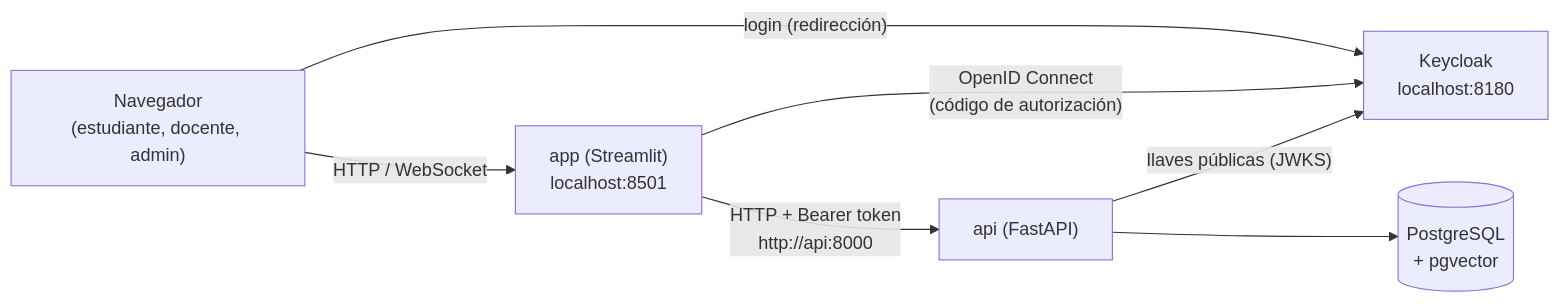
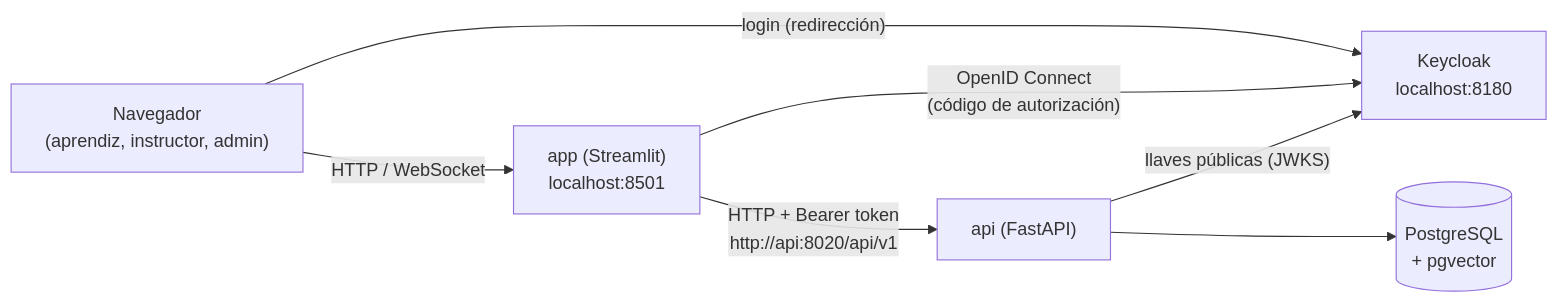
One commit to armandoordonez/smartmentor changed the diagram in app/README.md. Above: the diagram before and after it, drawn with Mermaid. The commit also changed other lines of this file and 6 other files, not shown here.

First line of the commit message:
test(app): agrega pruebas de componentes, servicios y modo api; documenta la base

````diff
--- a/app/README.md
+++ b/app/README.md
@@ -35,9 +34,9 @@
 ```mermaid
 flowchart LR
-    B["Navegador<br/>(estudiante, docente, admin)"] -- "HTTP / WebSocket" --> S["app (Streamlit)<br/>localhost:8501"]
+    B["Navegador<br/>(aprendiz, instructor, admin)"] -- "HTTP / WebSocket" --> S["app (Streamlit)<br/>localhost:8501"]
     B -- "login (redirección)" --> K["Keycloak<br/>localhost:8180"]
     S -- "OpenID Connect<br/>(código de autorización)" --> K
-    S -- "HTTP + Bearer token<br/>http://api:8000" --> A["api (FastAPI)"]
+    S -- "HTTP + Bearer token<br/>http://api:8020/api/v1" --> A["api (FastAPI)"]
     A -- "llaves públicas (JWKS)" --> K
     A --> P[("PostgreSQL<br/>+ pgvector")]
 ```
````
